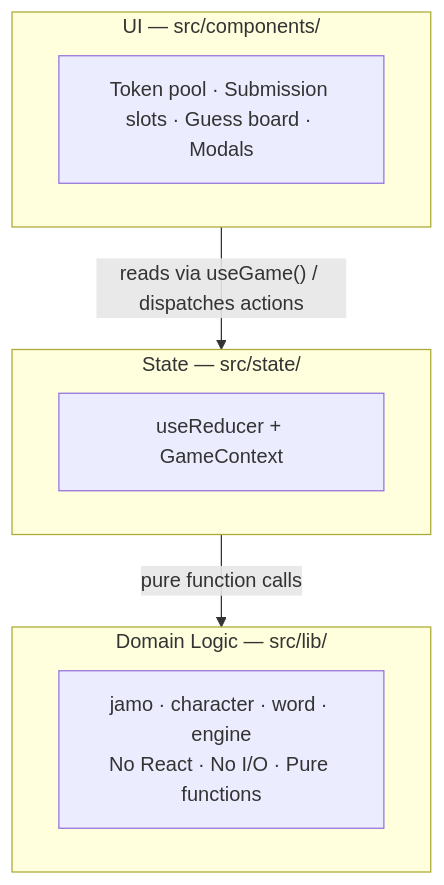
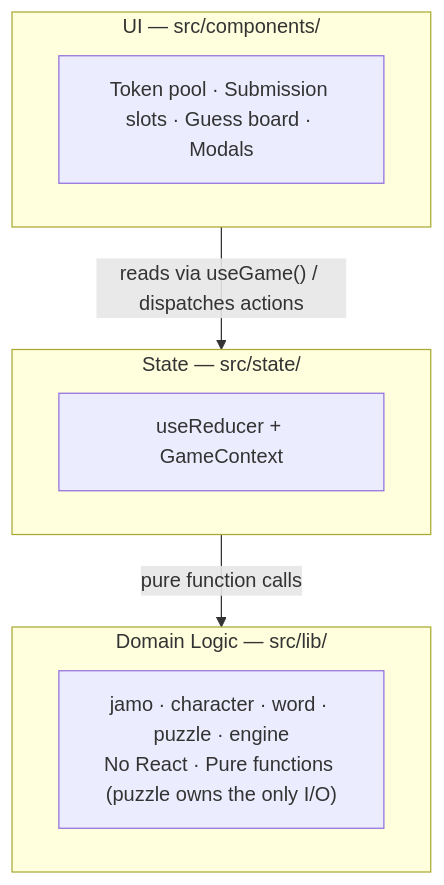
Before and after one commit to saharathkleips/binglebingle: the diagram in docs/architecture.md, drawn with Mermaid. The commit also changed other lines of this file and 22 other files, not shown here.

First line of the commit message:
feat(word,puzzle,character,jamo): 1.1.2 — word   pool, puzzle slice, normalizeCharacter (#5)

````diff
--- a/docs/architecture.md
+++ b/docs/architecture.md
@@ -7,17 +7,17 @@
 ```mermaid
 flowchart TD
     subgraph UI["UI — src/components/"]
         ui["Token pool · Submission slots · Guess board · Modals"]
     end
 
     subgraph State["State — src/state/"]
         state["useReducer + GameContext"]
     end
 
     subgraph Domain["Domain Logic — src/lib/"]
-        domain["jamo · character · word · engine\nNo React · No I/O · Pure functions"]
+        domain["jamo · character · word · puzzle · engine\nNo React · Pure functions (puzzle owns the only I/O)"]
     end
 
     UI -->|"reads via useGame() / dispatches actions"| State
     State -->|"pure function calls"| Domain
 ```
````
